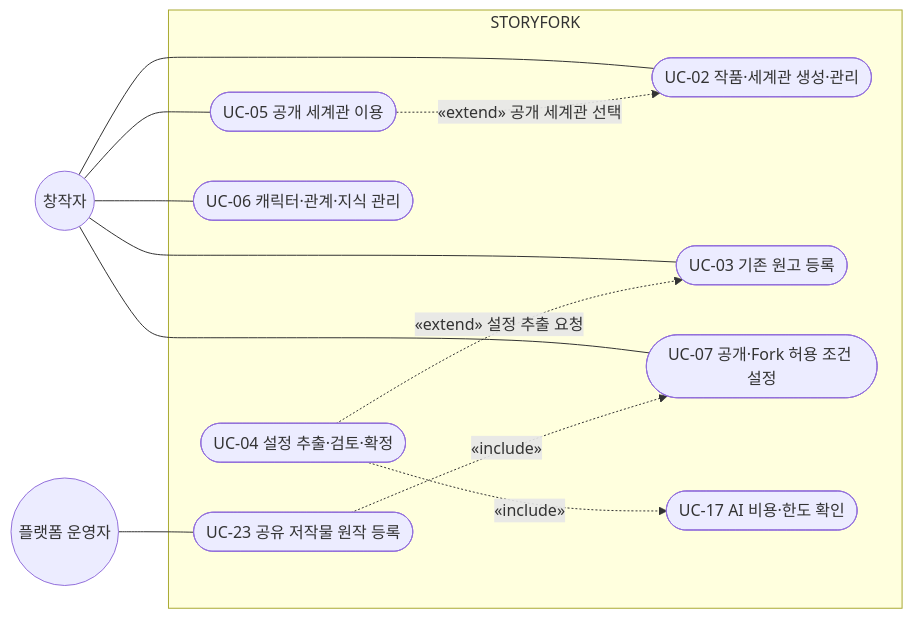
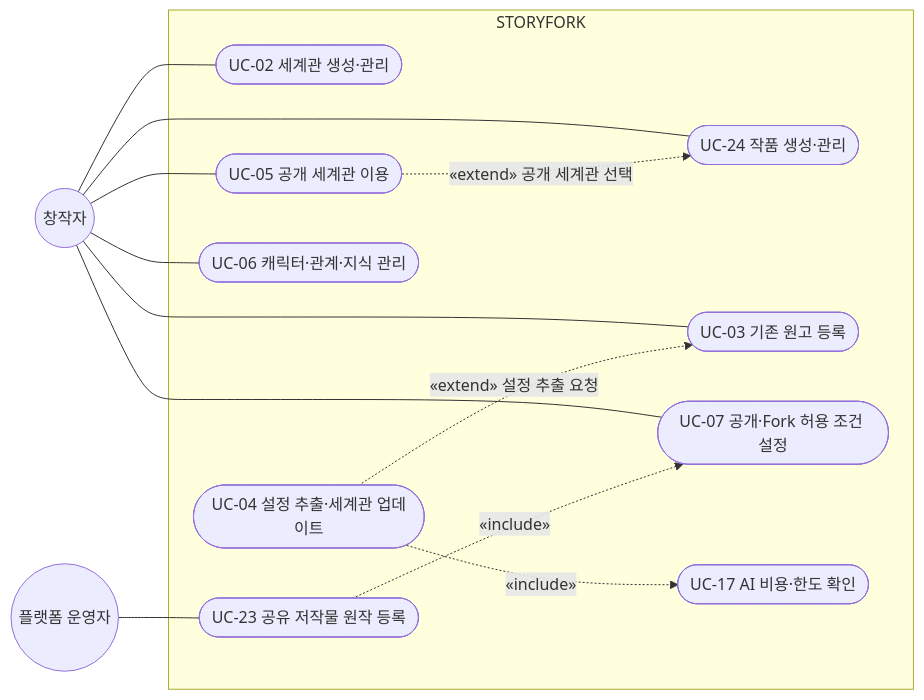
The seventh of 9 diagrams in docs/usecase.md (SKNETWORKS-FAMILY-AICAMP/SKN34-FINAL-4TEAM), drawn with Mermaid before and after one commit. The commit also changed other lines of this file and 26 other files, not shown here.

````diff
--- a/docs/usecase.md
+++ b/docs/usecase.md
@@ -307,25 +328,27 @@
 ```mermaid
 flowchart LR
   C(("창작자"))
   O(("플랫폼 운영자"))
   subgraph SYS["STORYFORK"]
-    U02(["UC-02 작품·세계관 생성·관리"])
+    U02(["UC-02 세계관 생성·관리"])
+    U24(["UC-24 작품 생성·관리"])
     U03(["UC-03 기존 원고 등록"])
-    U04(["UC-04 설정 추출·검토·확정"])
+    U04(["UC-04 설정 추출·세계관 업데이트"])
     U05(["UC-05 공개 세계관 이용"])
     U06(["UC-06 캐릭터·관계·지식 관리"])
     U07(["UC-07 공개·Fork 허용 조건 설정"])
     U17(["UC-17 AI 비용·한도 확인"])
     U23(["UC-23 공유 저작물 원작 등록"])
   end
   C --- U02
+  C --- U24
   C --- U03
   C --- U05
   C --- U06
   C --- U07
   O --- U23
-  U05 -.->|"«extend» 공개 세계관 선택"| U02
+  U05 -.->|"«extend» 공개 세계관 선택"| U24
   U04 -.->|"«extend» 설정 추출 요청"| U03
   U04 -.->|"«include»"| U17
   U23 -.->|"«include»"| U07
 ```
````
